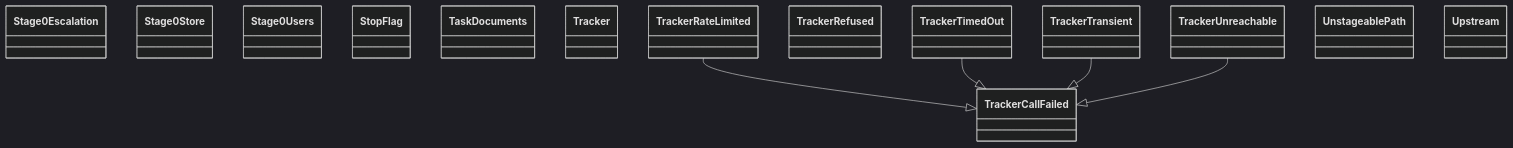
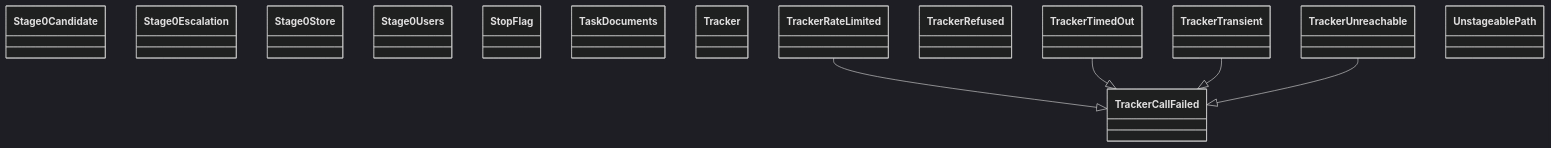
One commit to GonzaloZevallos/agentic-system changed the diagram in docs/architecture/generated/classes-process-application-support-6.md. Above: the diagram before and after it, drawn with Mermaid (dark theme). The commit also changed other lines of this file and 11 other files, not shown here.

````diff
--- a/docs/architecture/generated/classes-process-application-support-6.md
+++ b/docs/architecture/generated/classes-process-application-support-6.md
@@ -19,21 +19,21 @@
 ```mermaid
 classDiagram
+    class ports__Stage0Candidate["Stage0Candidate"]
     class ports__Stage0Escalation["Stage0Escalation"]
     class ports__Stage0Store["Stage0Store"]
     class ports__Stage0Users["Stage0Users"]
     class ports__StopFlag["StopFlag"]
     class ports__TaskDocuments["TaskDocuments"]
     class ports__Tracker["Tracker"]
     class ports__TrackerCallFailed["TrackerCallFailed"]
     class ports__TrackerRateLimited["TrackerRateLimited"]
     class ports__TrackerRefused["TrackerRefused"]
     class ports__TrackerTimedOut["TrackerTimedOut"]
     class ports__TrackerTransient["TrackerTransient"]
     class ports__TrackerUnreachable["TrackerUnreachable"]
     class ports__UnstageablePath["UnstageablePath"]
-    class ports__Upstream["Upstream"]
     ports__TrackerRateLimited --|> ports__TrackerCallFailed
     ports__TrackerTimedOut --|> ports__TrackerCallFailed
     ports__TrackerTransient --|> ports__TrackerCallFailed
     ports__TrackerUnreachable --|> ports__TrackerCallFailed
 ```
````
